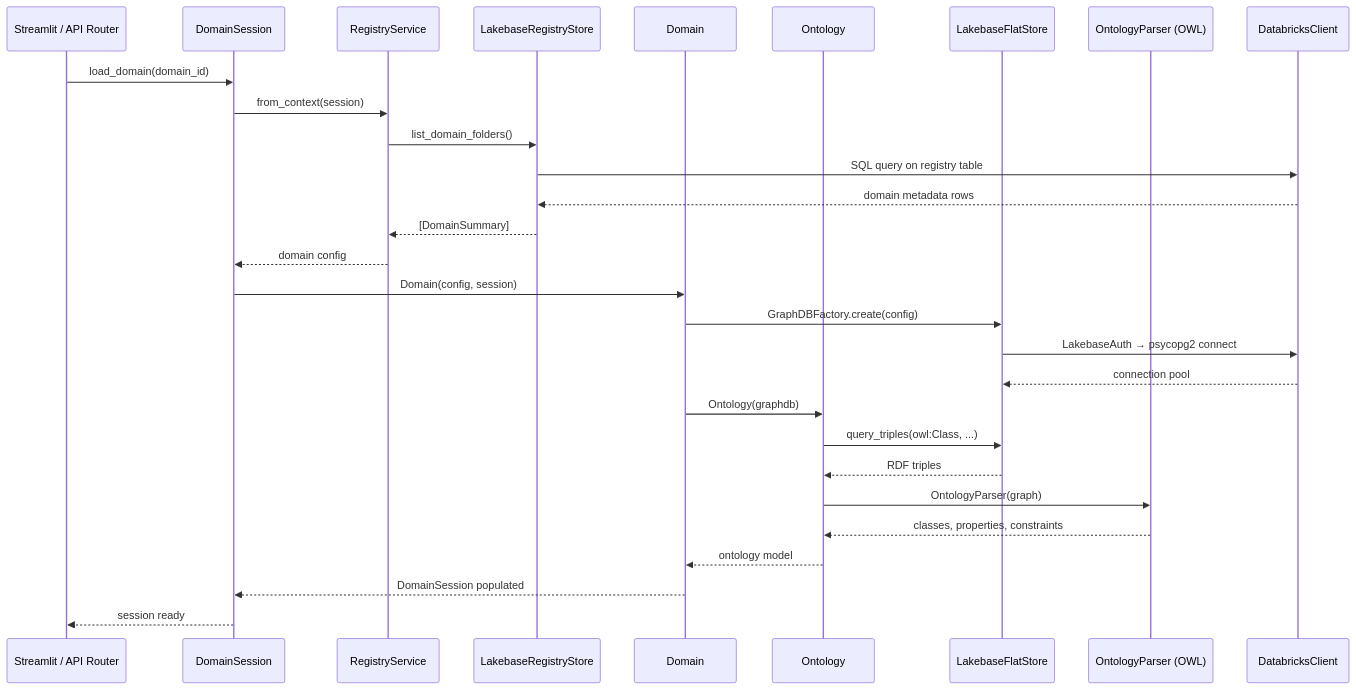
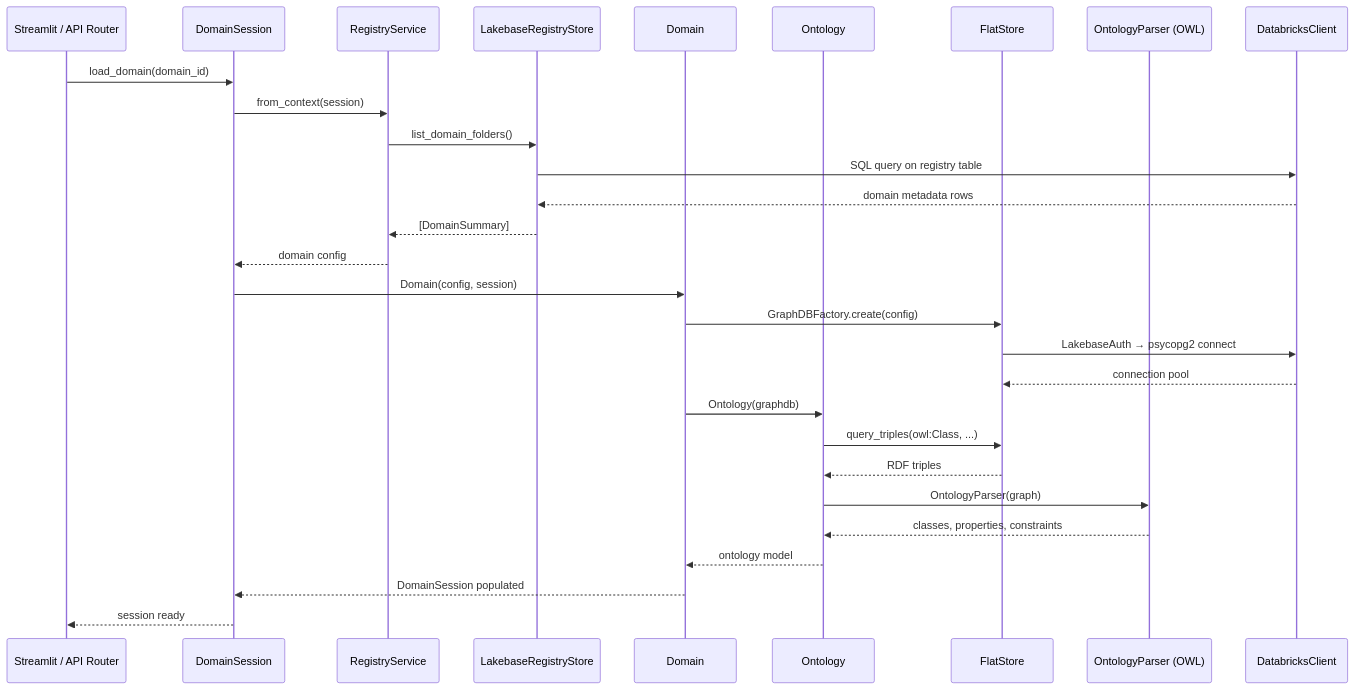
One commit to databrickslabs/ontobricks changed the diagram in docs/diagrams/callflow-domain-load.mmd. Above: the diagram before and after it, drawn with Mermaid. The commit also changed 85 other files, not shown here.

First line of the commit message:
refactor(graphdb): move backend ABCs into interfaces/ package

```diff
--- a/docs/diagrams/callflow-domain-load.mmd
+++ b/docs/diagrams/callflow-domain-load.mmd
@@ -1,33 +1,33 @@
 sequenceDiagram
     participant UI as Streamlit / API Router
     participant SES as DomainSession
     participant REG as RegistryService
     participant STORE as LakebaseRegistryStore
     participant DOM as Domain
     participant ONT as Ontology
-    participant GDB as LakebaseFlatStore
+    participant GDB as FlatStore
     participant W3C as OntologyParser (OWL)
     participant DBC as DatabricksClient
 
     UI->>SES: load_domain(domain_id)
     SES->>REG: from_context(session)
     REG->>STORE: list_domain_folders()
     STORE->>DBC: SQL query on registry table
     DBC-->>STORE: domain metadata rows
     STORE-->>REG: [DomainSummary]
     REG-->>SES: domain config
 
     SES->>DOM: Domain(config, session)
     DOM->>GDB: GraphDBFactory.create(config)
     GDB->>DBC: LakebaseAuth → psycopg2 connect
     DBC-->>GDB: connection pool
 
     DOM->>ONT: Ontology(graphdb)
     ONT->>GDB: query_triples(owl:Class, ...)
     GDB-->>ONT: RDF triples
     ONT->>W3C: OntologyParser(graph)
     W3C-->>ONT: classes, properties, constraints
     ONT-->>DOM: ontology model
 
     DOM-->>SES: DomainSession populated
     SES-->>UI: session ready
```
